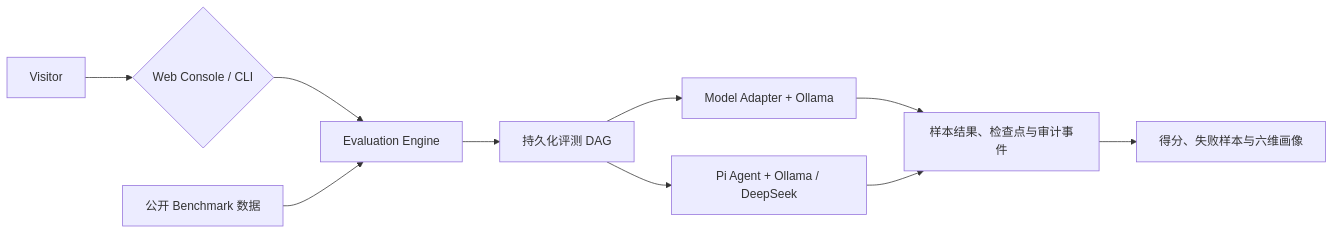
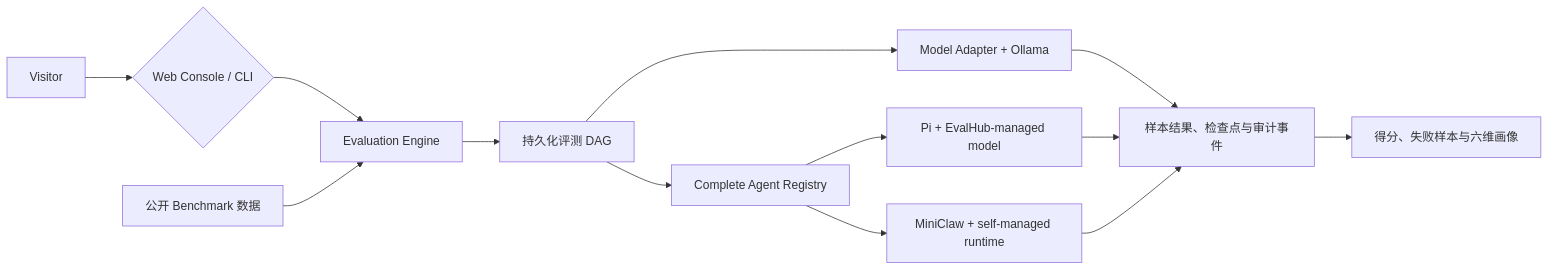
Before and after one commit to NEDONION/evalhub: the diagram in README.md, drawn with Mermaid. The commit also changed other lines of this file and 5 other files, not shown here.

Commit message:
docs: describe complete agent evaluation

````diff
--- a/README.md
+++ b/README.md
@@ -208,12 +216,15 @@
 ```mermaid
 flowchart LR
     Visitor["Visitor"] --> Entry{"Web Console / CLI"}
     Entry --> Engine["Evaluation Engine"]
     Dataset["公开 Benchmark 数据"] --> Engine
     Engine --> DAG["持久化评测 DAG"]
     DAG --> Model["Model Adapter + Ollama"]
-    DAG --> Agent["Pi Agent + Ollama / DeepSeek"]
+    DAG --> Registry["Complete Agent Registry"]
+    Registry --> Pi["Pi + EvalHub-managed model"]
+    Registry --> MiniClaw["MiniClaw + self-managed runtime"]
     Model --> Evidence["样本结果、检查点与审计事件"]
-    Agent --> Evidence
+    Pi --> Evidence
+    MiniClaw --> Evidence
     Evidence --> Report["得分、失败样本与六维画像"]
 ```
````
